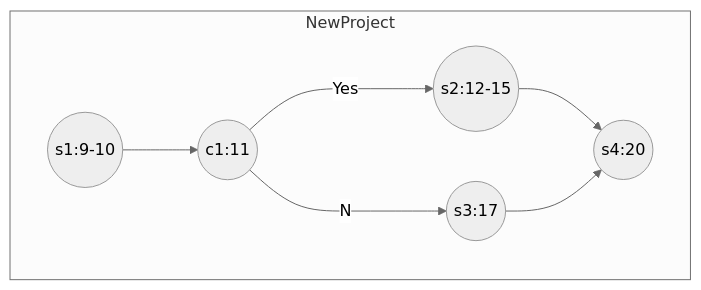
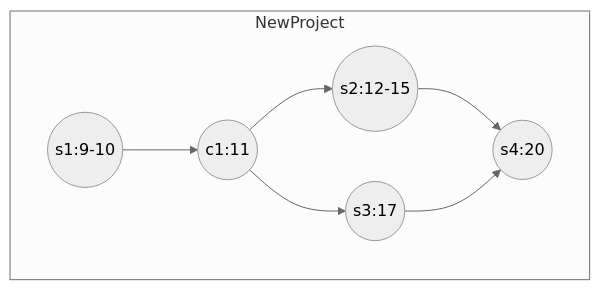
The first of 8 diagrams in doc/project/DD.md (SE2018-SSFD/HW2), drawn with Mermaid (neutral theme) before and after one commit. The commit also changed 1 other file, not shown here.

Commit message:
feat: add project service test

````diff
--- a/doc/project/DD.md
+++ b/doc/project/DD.md
@@ -5,12 +5,12 @@
 ```mermaid
 graph TD
 
 subgraph NewProject
 	s1((s1:9-10)) --> c1((c1:11))
-	c1 --Yes--> s2((s2:12-15))
-	c1 --No--> s3((s3:17))
+	c1 --> s2((s2:12-15))
+	c1 --> s3((s3:17))
 	
 	s2 --> s4((s4:20))
 	s3 --> s4
 end
 ```
````
